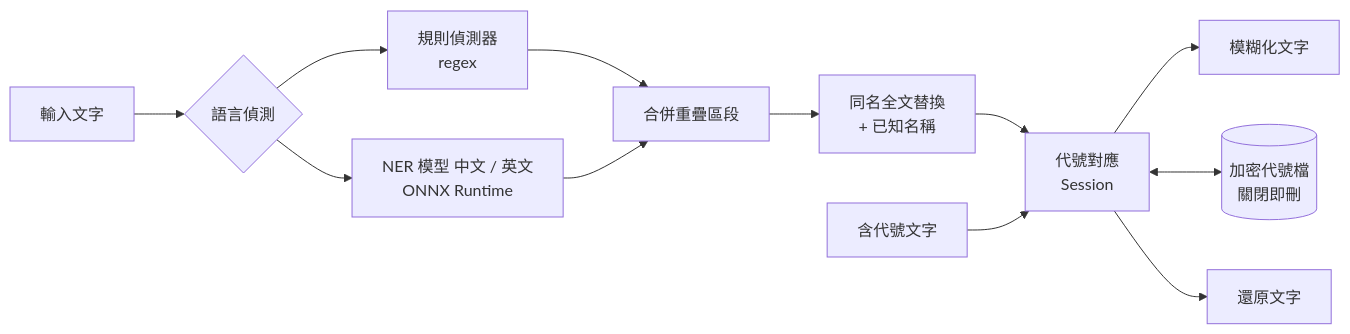
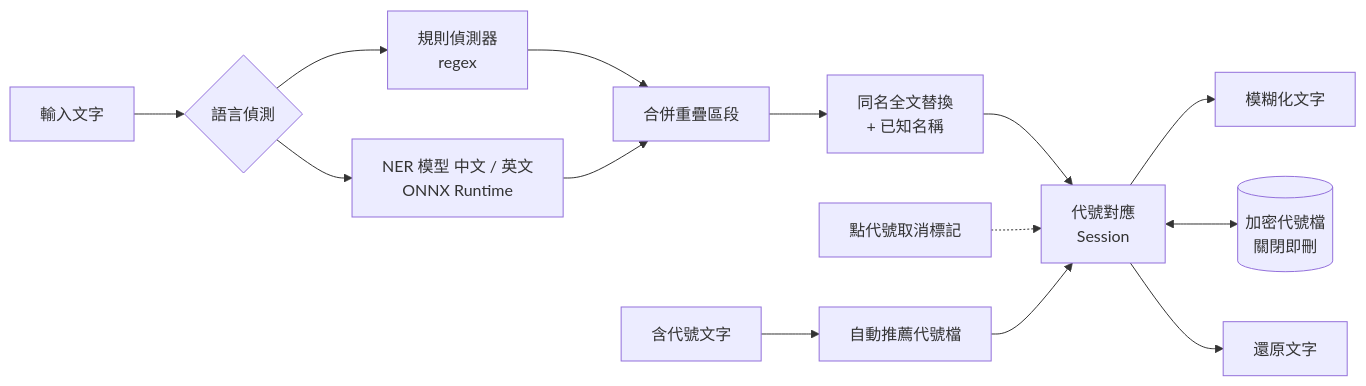
Before and after one commit to AquilaWei/DataFuzzy: the diagram in README.md, drawn with Mermaid. The commit also changed other lines of this file and 2 other files, not shown here.

````diff
--- a/README.md
+++ b/README.md
@@ -91,14 +97,16 @@
 ```mermaid
 flowchart LR
     A[輸入文字] --> B{語言偵測}
     B --> C[規則偵測器<br/>regex]
     B --> D[NER 模型 中文 / 英文<br/>ONNX Runtime]
     C --> E[合併重疊區段]
     D --> E
     E --> K[同名全文替換<br/>+ 已知名稱]
     K --> F[代號對應<br/>Session]
     F --> G[模糊化文字]
     F <--> H[(加密代號檔<br/>關閉即刪)]
-    I[含代號文字] --> F
+    L[點代號取消標記] -.-> F
+    I[含代號文字] --> R[自動推薦代號檔]
+    R --> F
     F --> J[還原文字]
 ```
````
